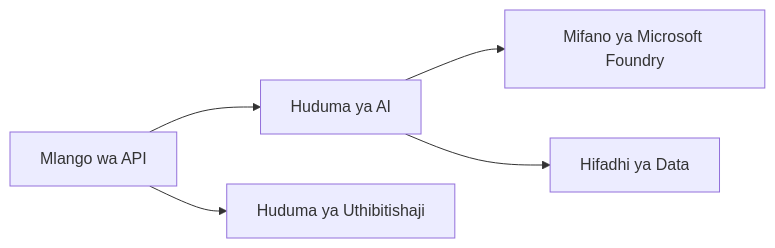
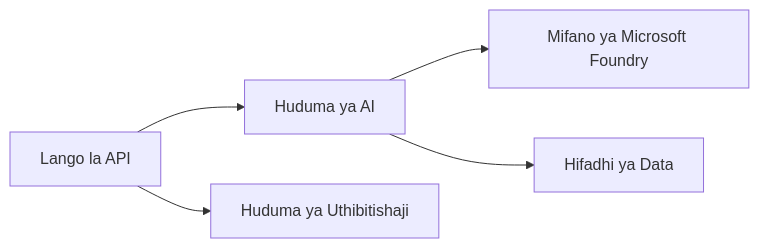
One commit to microsoft/AZD-for-beginners changed the first of 2 diagrams in translations/sw/docs/chapter-08-production/README.md. Above: the diagram before and after it, drawn with Mermaid. The commit also changed other lines of this file and 61 other files, not shown here.

````diff
--- a/translations/sw/docs/chapter-08-production/README.md
+++ b/translations/sw/docs/chapter-08-production/README.md
@@ -48,6 +48,6 @@
 ```mermaid
 graph LR
-    Gateway[Mlango wa API] --> AI[Huduma ya AI] --> Models[Mifano ya Microsoft Foundry]
+    Gateway[Lango la API] --> AI[Huduma ya AI] --> Models[Mifano ya Microsoft Foundry]
     Gateway --> Auth[Huduma ya Uthibitishaji]
     AI --> Data[Hifadhi ya Data]
 ```
````
